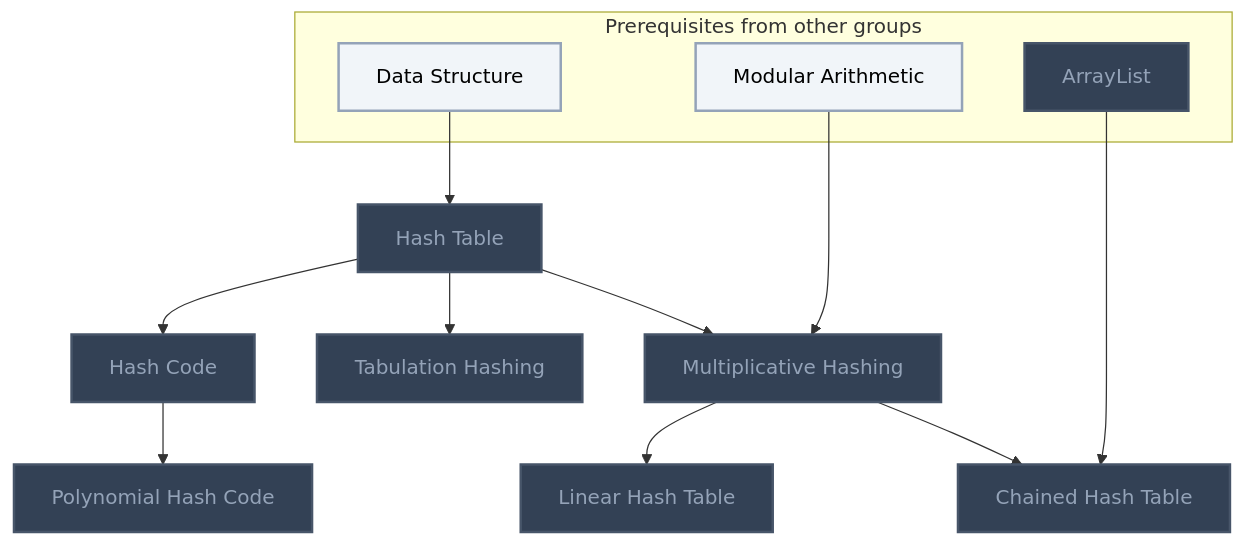
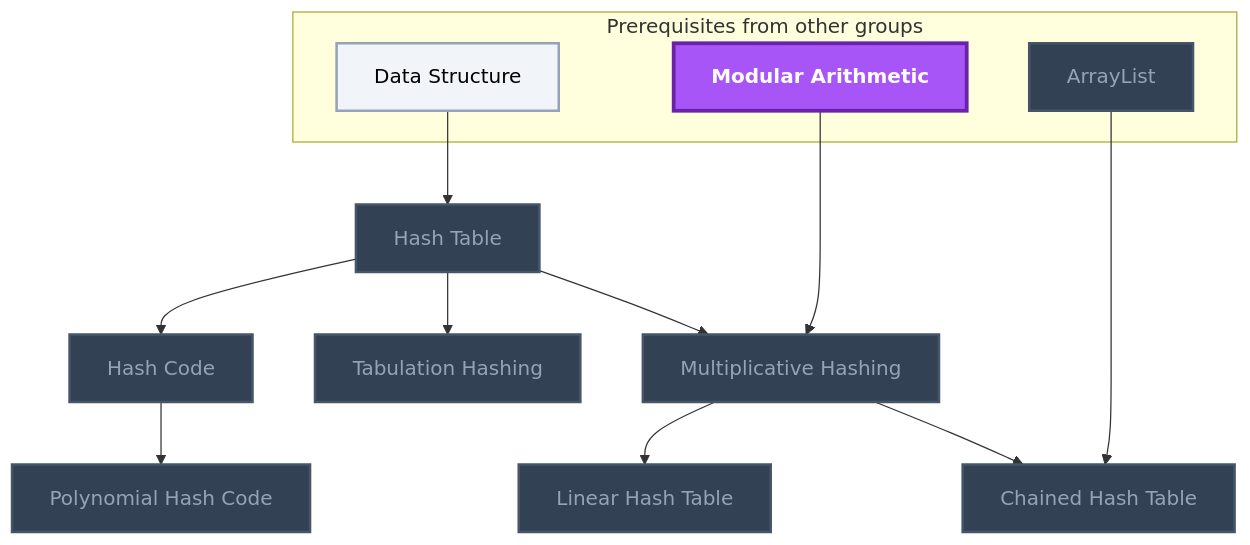
The seventh of 17 diagrams in Gamification/Skill Trees/Data Structures and Algorithms.md (MRauf1/My-Notes), drawn with Mermaid before and after one commit. The commit also changed other lines of this file and 145 other files, not shown here.

````diff
--- a/Gamification/Skill Trees/Data Structures and Algorithms.md
+++ b/Gamification/Skill Trees/Data Structures and Algorithms.md
@@ -235,36 +237,37 @@
 ```mermaid
 flowchart TD
     classDef planned fill:#1E293B,stroke:#64748B,stroke-width:2px,stroke-dasharray:5 5,color:#94A3B8;
     classDef locked fill:#334155,stroke:#475569,stroke-width:2px,color:#94A3B8;
     classDef L0 fill:#F1F5F9,stroke:#94A3B8,stroke-width:2px,color:#000000;
     classDef L1 fill:#22C55E,stroke:#15803D,stroke-width:2px,color:#000000;
     classDef L2 fill:#3B82F6,stroke:#1D4ED8,stroke-width:3px,color:#FFFFFF;
     classDef L3 fill:#A855F7,stroke:#6B21A8,stroke-width:3px,color:#FFFFFF,font-weight:bold;
     classDef L4 fill:#F97316,stroke:#C2410C,stroke-width:4px,color:#000000,font-weight:bold;
     classDef L5 fill:#FFD700,stroke:#FF8C00,stroke-width:5px,color:#000000,font-weight:bold;
     classDef rusty stroke:#8B4513,stroke-width:4px,stroke-dasharray:3 3;
     subgraph sg_prereqs["Prerequisites from other groups"]
         n_data_structure["Data Structure"]
         n_modular_arithmetic["Modular Arithmetic"]
         n_arraylist["ArrayList"]
     end
     n_hash_table["Hash Table"]
     n_multiplicative_hashing["Multiplicative Hashing"]
     n_chained_hash_table["Chained Hash Table"]
     n_linear_hash_table["Linear Hash Table"]
     n_tabulation_hashing["Tabulation Hashing"]
     n_hash_code["Hash Code"]
     n_polynomial_hash_code["Polynomial Hash Code"]
     n_data_structure --> n_hash_table
     n_hash_table --> n_multiplicative_hashing
     n_modular_arithmetic --> n_multiplicative_hashing
     n_multiplicative_hashing --> n_chained_hash_table
     n_arraylist --> n_chained_hash_table
     n_multiplicative_hashing --> n_linear_hash_table
     n_hash_table --> n_tabulation_hashing
     n_hash_table --> n_hash_code
     n_hash_code --> n_polynomial_hash_code
     class n_arraylist,n_hash_table,n_multiplicative_hashing,n_chained_hash_table,n_linear_hash_table,n_tabulation_hashing,n_hash_code,n_polynomial_hash_code locked;
-    class n_data_structure,n_modular_arithmetic L0;
+    class n_data_structure L0;
+    class n_modular_arithmetic L3;
     class n_data_structure,n_modular_arithmetic,n_arraylist,n_hash_table,n_multiplicative_hashing,n_chained_hash_table,n_linear_hash_table,n_tabulation_hashing,n_hash_code,n_polynomial_hash_code internal-link;
 ```
````
